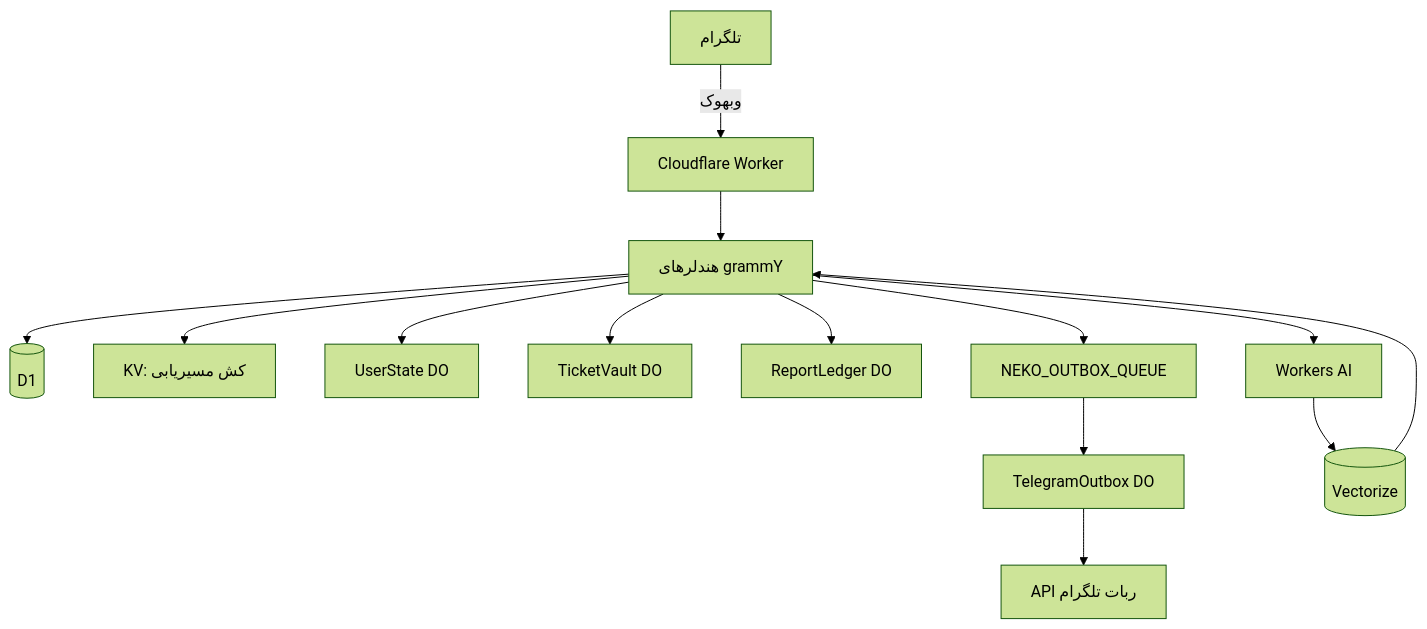
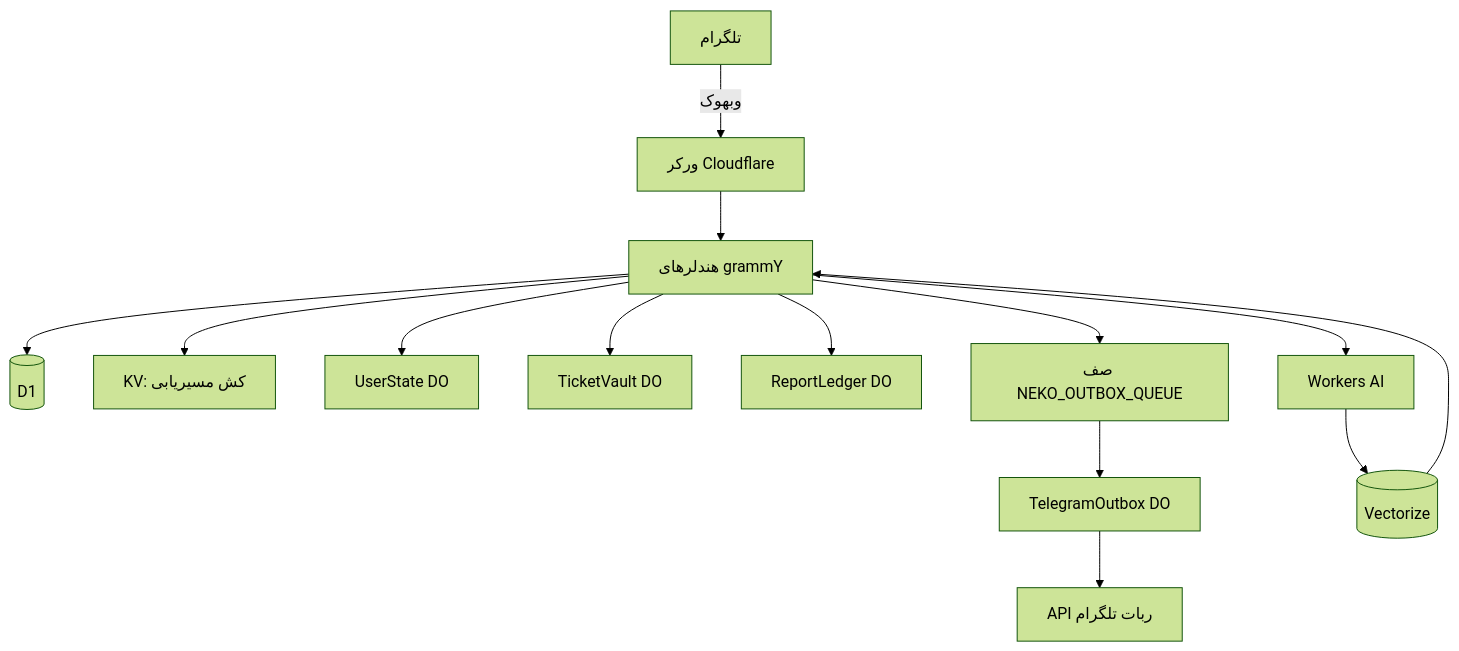
One commit to mohetios/mohetios.dev changed the sixth of 10 diagrams in content/fa/lab/nekonymous-anonymous-messaging-technical-lab.md. Above: the diagram before and after it, drawn with Mermaid (forest theme). The commit also changed other lines of this file and 8 other files, not shown here.

````diff
--- a/content/fa/lab/nekonymous-anonymous-messaging-technical-lab.md
+++ b/content/fa/lab/nekonymous-anonymous-messaging-technical-lab.md
@@ -353,19 +353,19 @@
 ```mermaid
 flowchart TD
-  TG[تلگرام] -->|وبهوک| Worker[Cloudflare Worker]
+  TG[تلگرام] -->|وبهوک| Worker[ورکر Cloudflare]
   Worker --> Grammy[هندلرهای grammY]
 
   Grammy --> D1[(D1)]
-  Grammy --> KV[KV: کش مسیر‌یابی]
+  Grammy --> KV[KV: کش مسیریابی]
   Grammy --> USDO[UserState DO]
   Grammy --> TVDO[TicketVault DO]
   Grammy --> RLDO[ReportLedger DO]
 
-  Grammy --> Queue[NEKO_OUTBOX_QUEUE]
+  Grammy --> Queue[صف NEKO_OUTBOX_QUEUE]
   Queue --> OutboxDO[TelegramOutbox DO]
   OutboxDO --> TGAPI[API ربات تلگرام]
 
   Grammy --> AI[Workers AI]
   AI --> Vectorize[(Vectorize)]
   Vectorize --> Grammy
 ```
````
